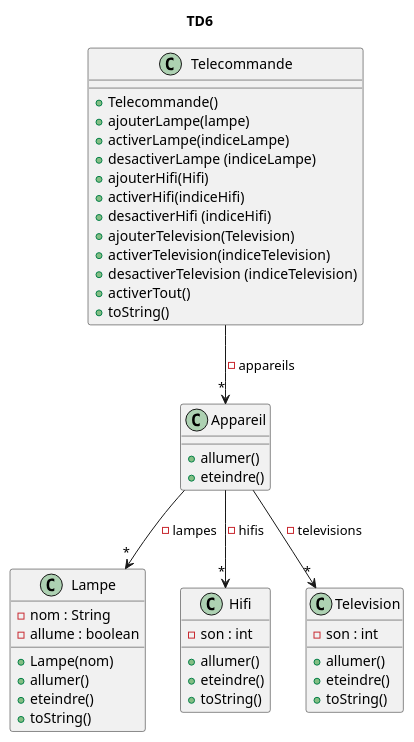
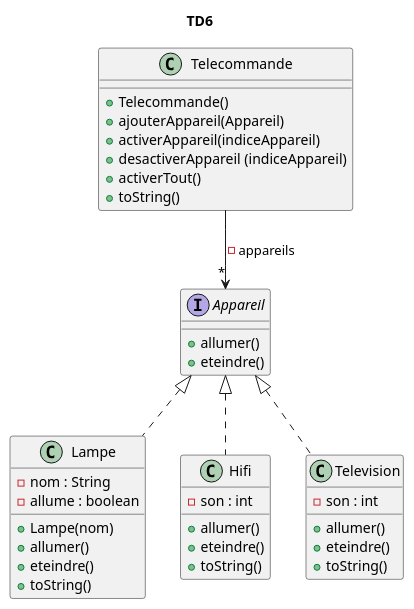
One commit to Maev975/Depot changed the diagram in TD7/UML/Q8Diagramme.puml. Above: the diagram before and after it, drawn with PlantUML. The commit also changed 3 other files, not shown here.

```diff
--- a/TD7/UML/Q8Diagramme.puml
+++ b/TD7/UML/Q8Diagramme.puml
@@ -1,52 +1,46 @@
 @startuml
 title TD6
 '''classes
 
 class Lampe{
 - nom : String
 - allume : boolean
   + Lampe(nom)
   + allumer()
   +eteindre()
   +toString()
 }
 class Telecommande{
 + Telecommande()
-+ ajouterLampe(lampe)
-+ activerLampe(indiceLampe)
-+ desactiverLampe (indiceLampe)
-+ ajouterHifi(Hifi)
-+ activerHifi(indiceHifi)
-+ desactiverHifi (indiceHifi)
-+ ajouterTelevision(Television)
-+ activerTelevision(indiceTelevision)
-+ desactiverTelevision (indiceTelevision)
++ ajouterAppareil(Appareil)
++ activerAppareil(indiceAppareil)
++ desactiverAppareil (indiceAppareil)
 + activerTout()
 +toString()
 }
 
 class Hifi{
 - son : int
 + allumer()
 + eteindre()
 + toString()
 }
 
 class Television{
 - son : int
 + allumer()
 + eteindre()
 + toString()
 }
 
-class Appareil{
+Interface Appareil{
 + allumer()
 + eteindre()
 }
 
 '''relations
 Telecommande --> "*" Appareil : - appareils
-Appareil --> "*" Hifi : - hifis
-Appareil --> "*" Lampe : - lampes
-Appareil --> "*" Television : - televisions
+Appareil <|.. Hifi
+Appareil <|.. Lampe
+Appareil <|.. Television
 @enduml
```
